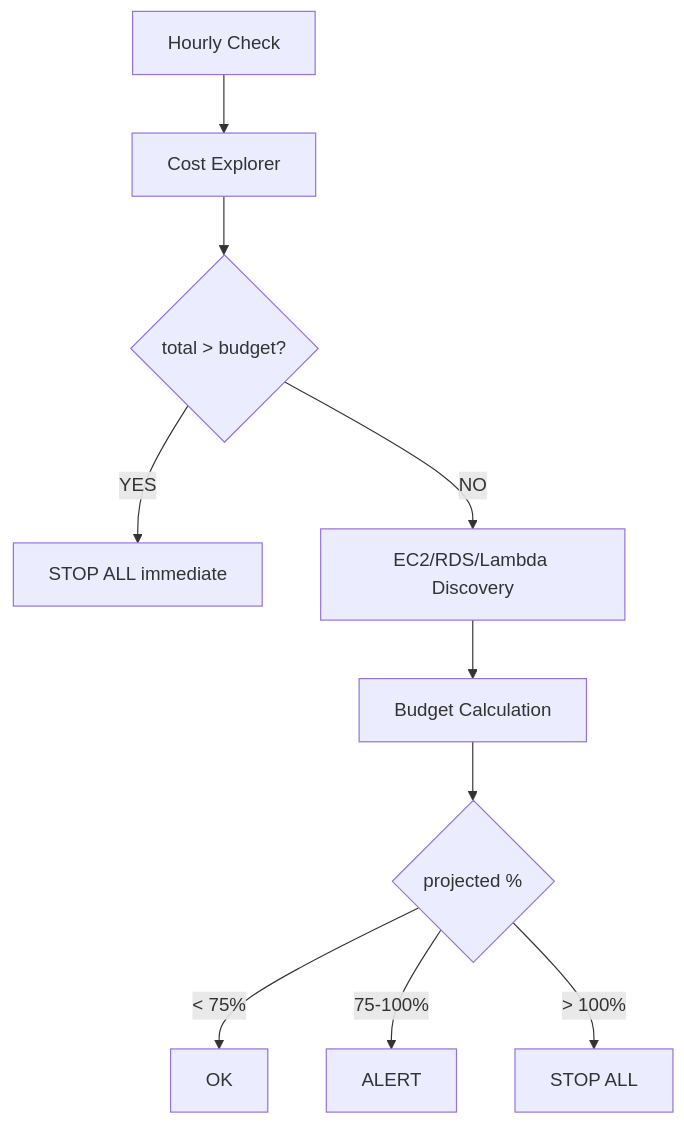
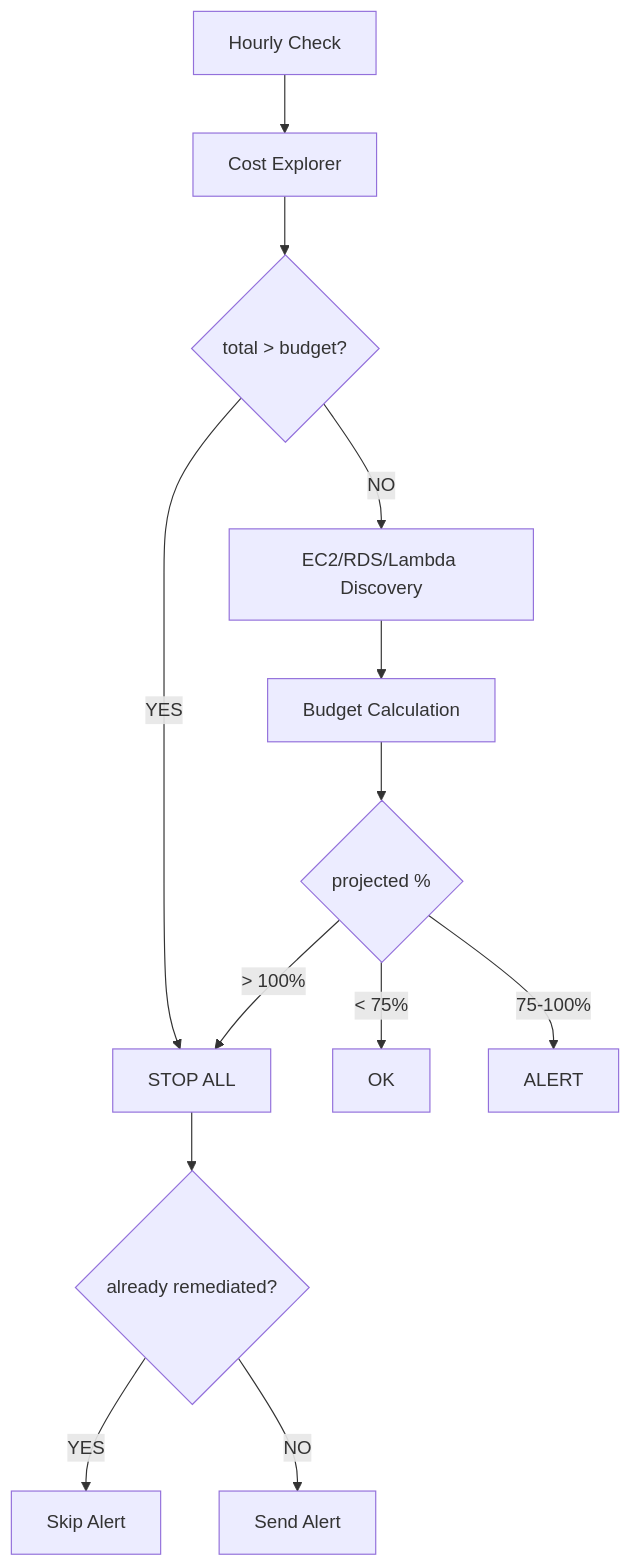
Before and after one commit to Havoc24k/aws-cost-guardian: the first of 2 diagrams in docs/architecture.md, drawn with Mermaid. The commit also changed other lines of this file and 2 other files, not shown here.

Commit message:
Skip alert when resources already remediated

````diff
--- a/docs/architecture.md
+++ b/docs/architecture.md
@@ -7,12 +7,15 @@
 ```mermaid
 flowchart TD
     A[Hourly Check] --> B[Cost Explorer]
     B --> C{total > budget?}
-    C -->|YES| D[STOP ALL immediate]
+    C -->|YES| D[STOP ALL]
     C -->|NO| E[EC2/RDS/Lambda Discovery]
     E --> F[Budget Calculation]
     F --> G{projected %}
     G -->|< 75%| H[OK]
     G -->|75-100%| I[ALERT]
-    G -->|> 100%| J[STOP ALL]
+    G -->|> 100%| D
+    D --> K{already remediated?}
+    K -->|YES| L[Skip Alert]
+    K -->|NO| M[Send Alert]
 ```
````
